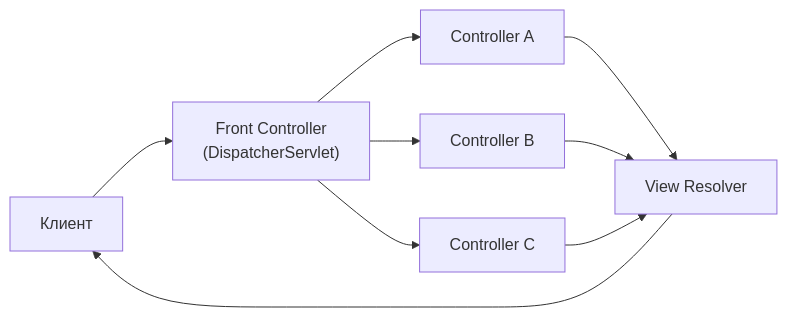
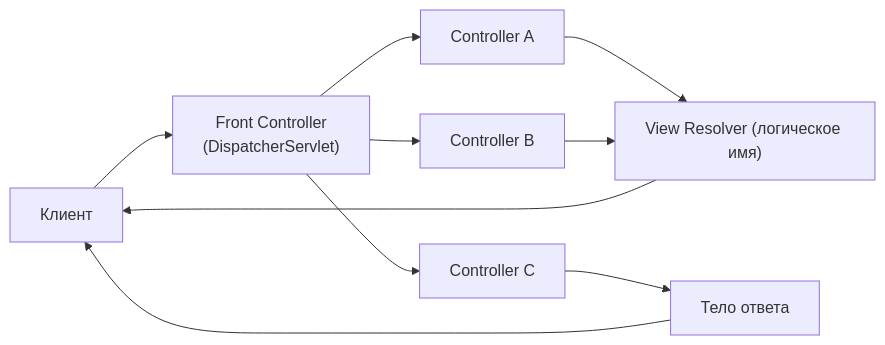
The second of 20 diagrams in cheatsheets/interview/frameworks/spring/spring-mvc-interview.md (akeverus/cheat-sheet), drawn with Mermaid before and after one commit. The commit also changed other lines of this file and 2 other files, not shown here.

````diff
--- a/cheatsheets/interview/frameworks/spring/spring-mvc-interview.md
+++ b/cheatsheets/interview/frameworks/spring/spring-mvc-interview.md
@@ -111,11 +117,12 @@
 ```mermaid
 graph LR
     Client["Клиент"] --> FC["Front Controller<br/>(DispatcherServlet)"]
     FC --> C1["Controller A"]
     FC --> C2["Controller B"]
     FC --> C3["Controller C"]
-    C1 --> V["View Resolver"]
+    C1 --> V["View Resolver (логическое имя)"]
     C2 --> V
-    C3 --> V
+    C3 --> Body["Тело ответа"]
     V --> Client
+    Body --> Client
 ```
````
